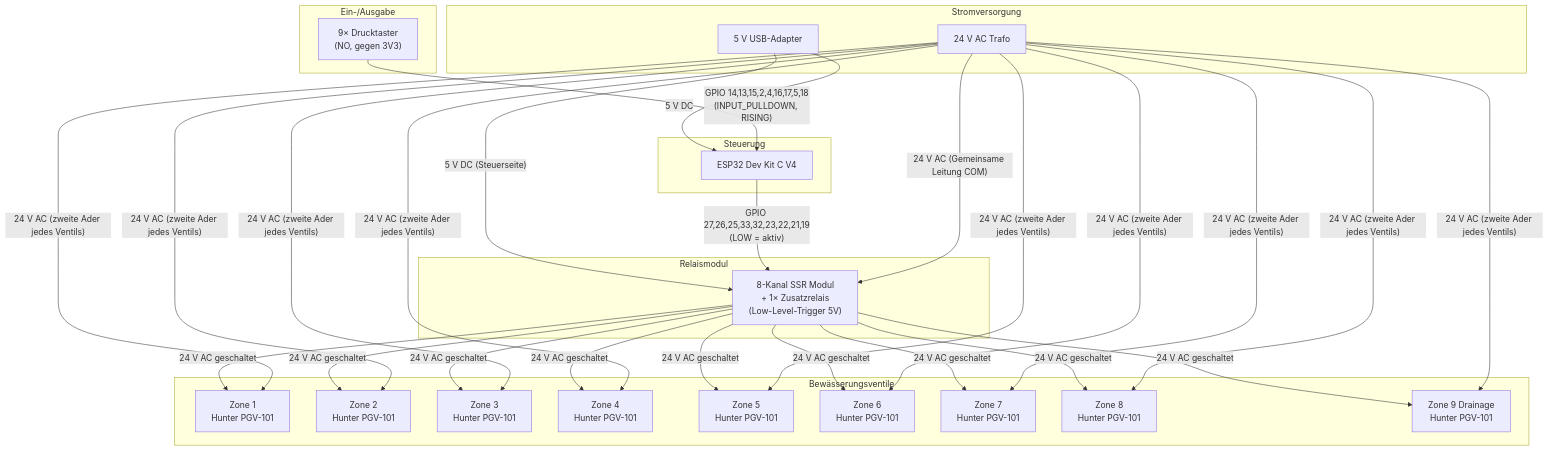
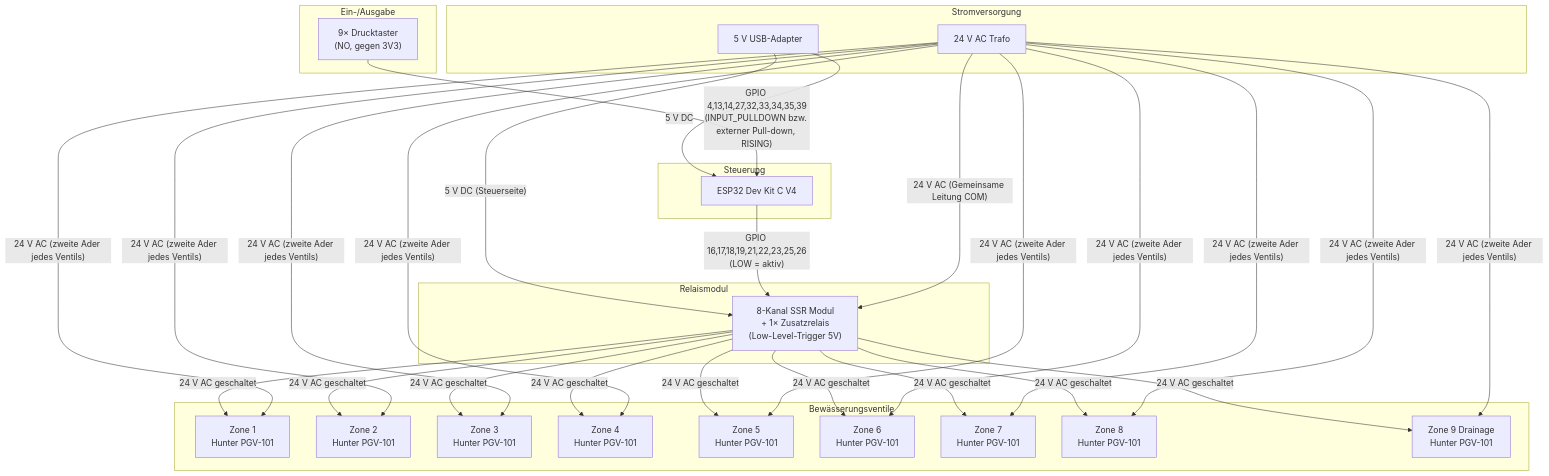
The diagram in docs/Schaltplan.md (paulpf/GardenIrrigationControl), drawn with Mermaid before and after one commit. The commit also changed other lines of this file and 1 other file, not shown here.

Commit message:
Korrigiere Relais-Startzustand und GPIO-Doku

````diff
--- a/docs/Schaltplan.md
+++ b/docs/Schaltplan.md
@@ -22,47 +22,47 @@
 ```mermaid
 graph TD
     subgraph PSU ["Stromversorgung"]
         V24["24 V AC Trafo"]
         V5["5 V USB-Adapter"]
     end
 
     subgraph CTRL ["Steuerung"]
         ESP32["ESP32 Dev Kit C V4"]
     end
 
     subgraph IO ["Ein-/Ausgabe"]
         BTN["9× Drucktaster\n(NO, gegen 3V3)"]
     end
 
     subgraph REL ["Relaismodul"]
         SSR["8-Kanal SSR Modul\n+ 1× Zusatzrelais\n(Low-Level-Trigger 5V)"]
     end
 
     subgraph VALVES ["Bewässerungsventile"]
         V1["Zone 1\nHunter PGV-101"]
         V2["Zone 2\nHunter PGV-101"]
         V3["Zone 3\nHunter PGV-101"]
         V4["Zone 4\nHunter PGV-101"]
         V5X["Zone 5\nHunter PGV-101"]
         V6["Zone 6\nHunter PGV-101"]
         V7["Zone 7\nHunter PGV-101"]
         V8["Zone 8\nHunter PGV-101"]
         V9["Zone 9 Drainage\nHunter PGV-101"]
     end
 
     V5 -->|"5 V DC"| ESP32
     V5 -->|"5 V DC (Steuerseite)"| SSR
-    ESP32 -->|"GPIO 27,26,25,33,32,23,22,21,19\n(LOW = aktiv)"| SSR
-    BTN -->|"GPIO 14,13,15,2,4,16,17,5,18\n(INPUT_PULLDOWN, RISING)"| ESP32
+    ESP32 -->|"GPIO 16,17,18,19,21,22,23,25,26\n(LOW = aktiv)"| SSR
+    BTN -->|"GPIO 4,13,14,27,32,33,34,35,39\n(INPUT_PULLDOWN bzw. externer Pull-down, RISING)"| ESP32
     V24 -->|"24 V AC (Gemeinsame Leitung COM)"| SSR
     SSR -->|"24 V AC geschaltet"| V1
     SSR -->|"24 V AC geschaltet"| V2
     SSR -->|"24 V AC geschaltet"| V3
     SSR -->|"24 V AC geschaltet"| V4
     SSR -->|"24 V AC geschaltet"| V5X
     SSR -->|"24 V AC geschaltet"| V6
     SSR -->|"24 V AC geschaltet"| V7
     SSR -->|"24 V AC geschaltet"| V8
     SSR -->|"24 V AC geschaltet"| V9
     V24 -->|"24 V AC (zweite Ader jedes Ventils)"| V1 & V2 & V3 & V4 & V5X & V6 & V7 & V8 & V9
 ```
````
